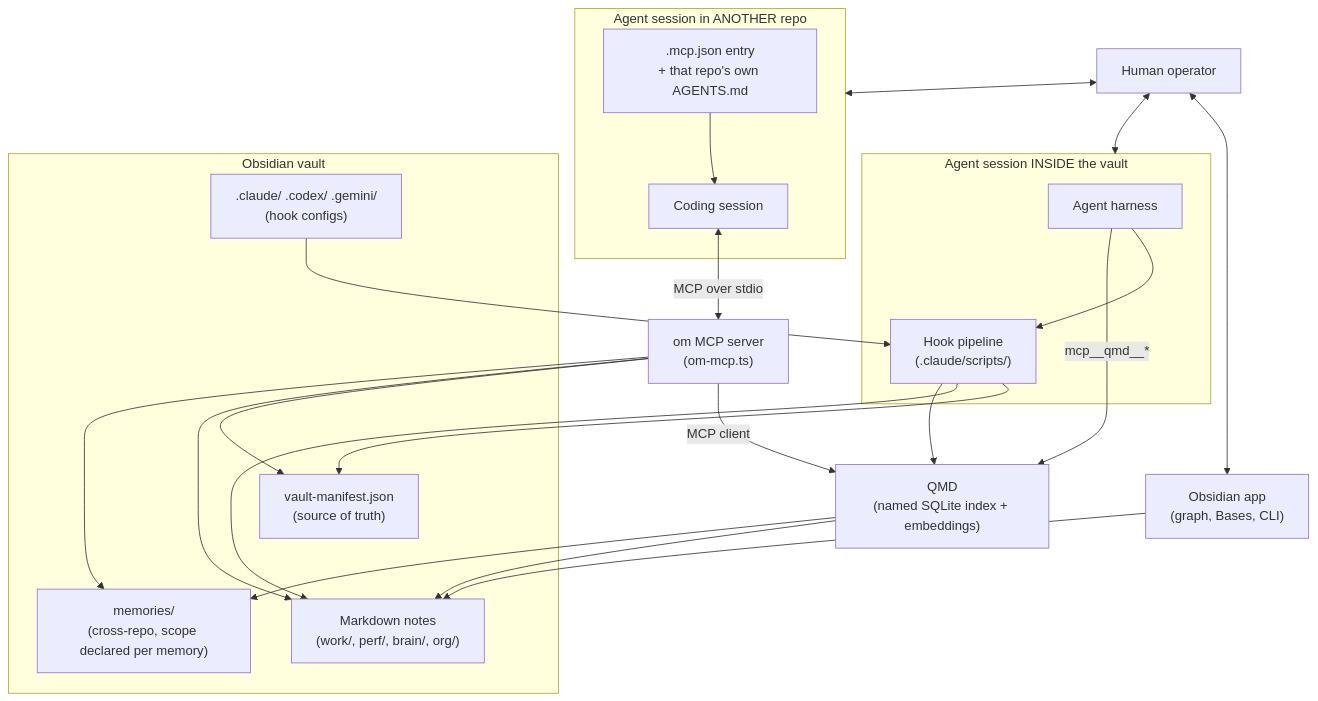
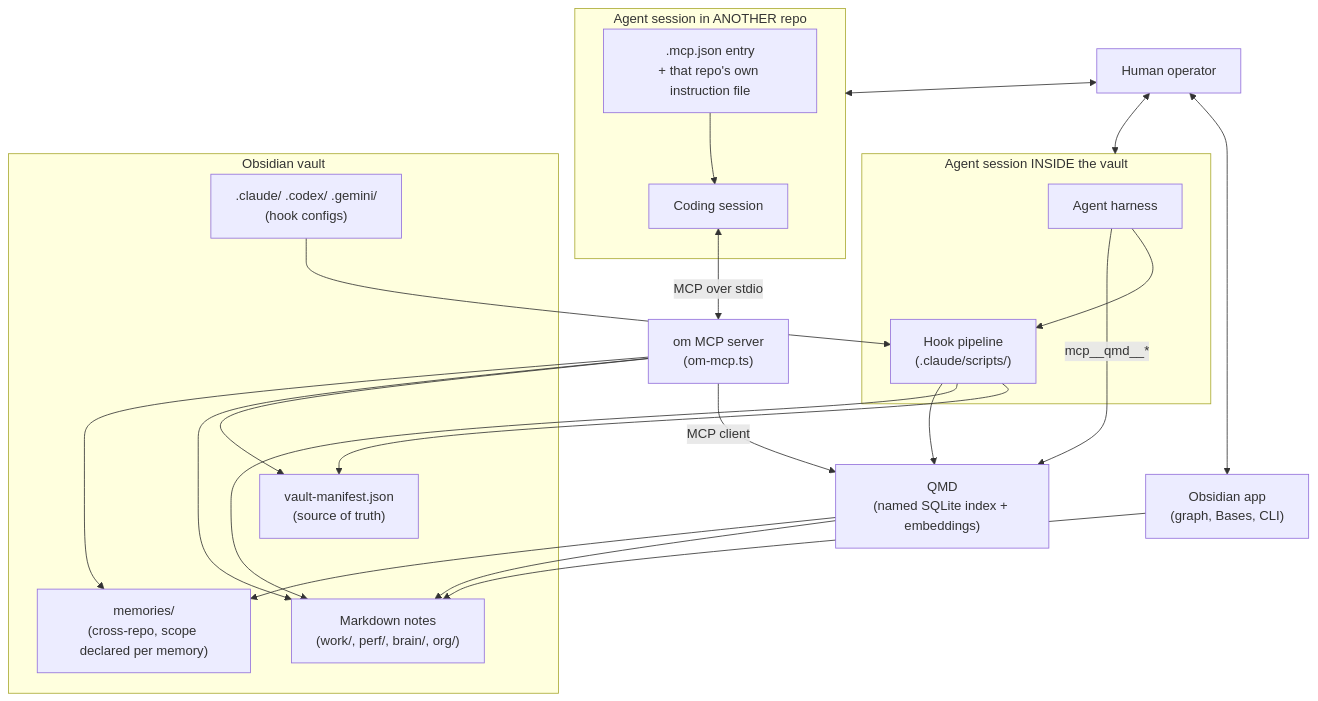
One commit to breferrari/obsidian-mind changed the first of 21 diagrams in ARCHITECTURE.md. Above: the diagram before and after it, drawn with Mermaid. The commit also changed other lines of this file and 34 other files, not shown here.

First line of the commit message:
feat!: make AGENTS.md the single instruction file

````diff
--- a/ARCHITECTURE.md
+++ b/ARCHITECTURE.md
@@ -22,40 +22,40 @@
 ```mermaid
 flowchart TB
     User["Human operator"]
     subgraph Agent["Agent session INSIDE the vault"]
         Harness["Agent harness"]
         Hooks["Hook pipeline<br/>(.claude/scripts/)"]
     end
     subgraph Foreign["Agent session in ANOTHER repo"]
         FSession["Coding session"]
-        FConfig[".mcp.json entry<br/>+ that repo's own AGENTS.md"]
+        FConfig[".mcp.json entry<br/>+ that repo's own instruction file"]
     end
     subgraph Vault["Obsidian vault"]
         Manifest["vault-manifest.json<br/>(source of truth)"]
         Notes["Markdown notes<br/>(work/, perf/, brain/, org/)"]
         Memories["memories/<br/>(cross-repo, scope declared per memory)"]
         Config[".claude/ .codex/ .gemini/<br/>(hook configs)"]
     end
     OM["om MCP server<br/>(om-mcp.ts)"]
     QMD["QMD<br/>(named SQLite index + embeddings)"]
     Obsidian["Obsidian app<br/>(graph, Bases, CLI)"]
 
     User <--> Agent
     User <--> Foreign
     User <--> Obsidian
     Harness --> Hooks
     Harness -->|"mcp__qmd__*"| QMD
     Hooks --> Manifest
     Hooks --> Notes
     Hooks --> QMD
     Config --> Hooks
     FConfig --> FSession
     FSession <-->|"MCP over stdio"| OM
     OM --> Manifest
     OM --> Notes
     OM --> Memories
     OM -->|"MCP client"| QMD
     QMD --> Notes
     QMD --> Memories
     Obsidian --> Notes
 ```
````
